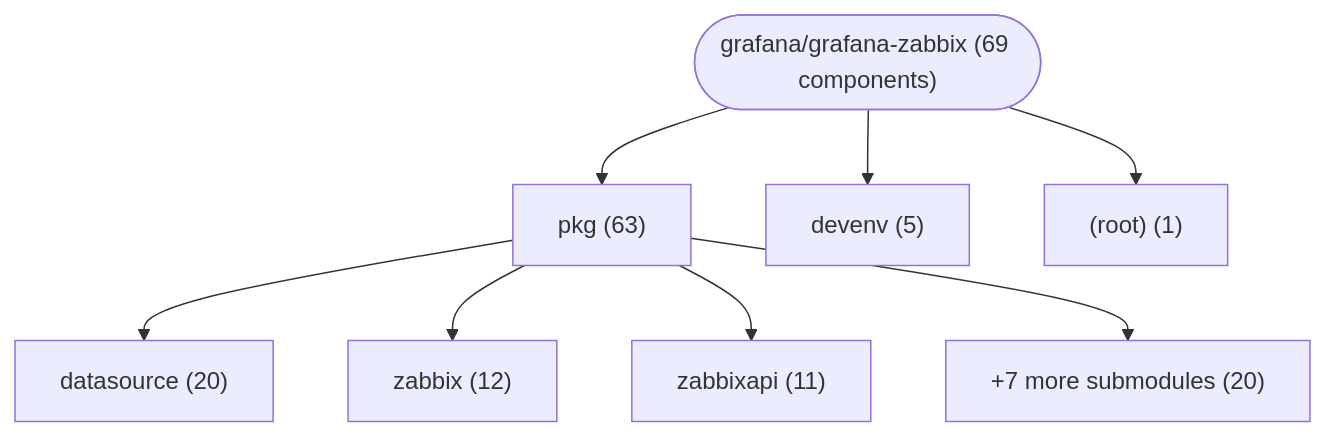
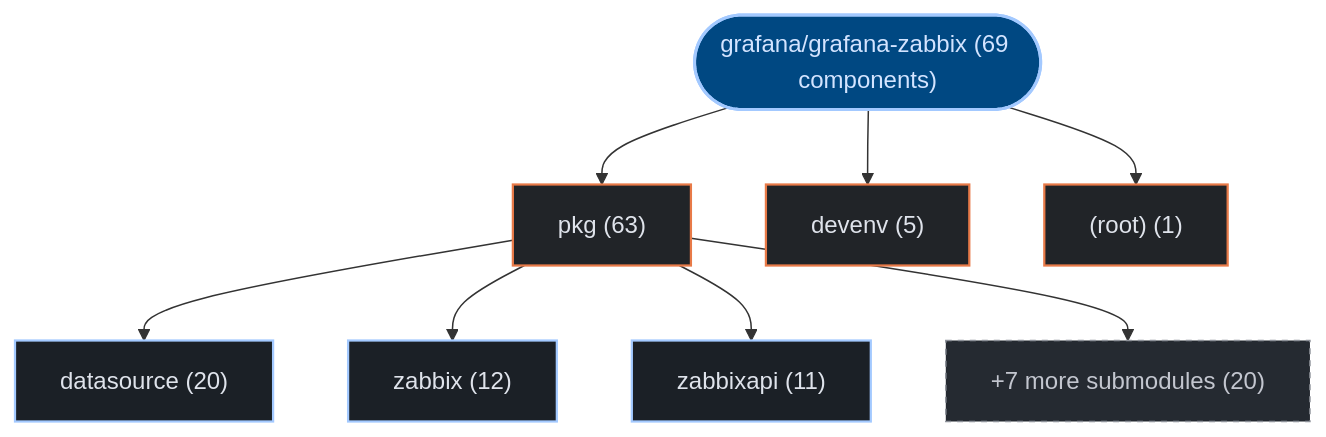
One commit to kumarshaz/atruss-code-atlas changed the first of 3 diagrams in exports/latest/reports/grafana-grafana-zabbix-report.md. Above: the diagram before and after it, drawn with Mermaid. The commit also changed other lines of this file and 331 other files, not shown here.

Commit message:
docs,ui,fix: update SDLC docs, reorder CI/CD DAG first, stylize Mermaid, and fix Arc42 pipeline topology

````diff
--- a/exports/latest/reports/grafana-grafana-zabbix-report.md
+++ b/exports/latest/reports/grafana-grafana-zabbix-report.md
@@ -42,18 +42,25 @@
 ```mermaid
 graph TD;
-    repo_root(["grafana/grafana-zabbix (69 components)"])
-    dir_0_pkg["pkg (63)"]
+  classDef atlasRoot fill:#004882,stroke:#a3c9ff,stroke-width:2px,color:#d3e4ff
+  classDef atlasCategory fill:#212428,stroke:#E87A48,stroke-width:1.5px,color:#dfe3eb
+  classDef atlasWorkflow fill:#1b2026,stroke:#a3c9ff,stroke-width:1.5px,color:#dfe3eb
+  classDef atlasJob fill:#171c22,stroke:#8d9199,stroke-width:1px,color:#dfe3eb
+  classDef atlasTarget fill:#005227,stroke:#8bd99b,stroke-width:1.5px,color:#a7f6b6
+  classDef atlasAlert fill:#93000a,stroke:#ffb4ab,stroke-width:1.5px,color:#ffdad6
+  classDef atlasMore fill:#252a31,stroke:#8d9199,stroke-dasharray:4 4,color:#c3c6cf
+    repo_root(["grafana/grafana-zabbix (69 components)"]):::atlasRoot
+    dir_0_pkg["pkg (63)"]:::atlasCategory
     repo_root --> dir_0_pkg
-    sub_0_0_datasource["datasource (20)"]
+    sub_0_0_datasource["datasource (20)"]:::atlasWorkflow
     dir_0_pkg --> sub_0_0_datasource
-    sub_0_1_zabbix["zabbix (12)"]
+    sub_0_1_zabbix["zabbix (12)"]:::atlasWorkflow
     dir_0_pkg --> sub_0_1_zabbix
-    sub_0_2_zabbixapi["zabbixapi (11)"]
+    sub_0_2_zabbixapi["zabbixapi (11)"]:::atlasWorkflow
     dir_0_pkg --> sub_0_2_zabbixapi
-    sub_0_more["+7 more submodules (20)"]
+    sub_0_more["+7 more submodules (20)"]:::atlasMore
     dir_0_pkg --> sub_0_more
-    dir_1_devenv["devenv (5)"]
+    dir_1_devenv["devenv (5)"]:::atlasCategory
     repo_root --> dir_1_devenv
-    dir_2__root_["(root) (1)"]
+    dir_2__root_["(root) (1)"]:::atlasCategory
     repo_root --> dir_2__root_
 ```
````
